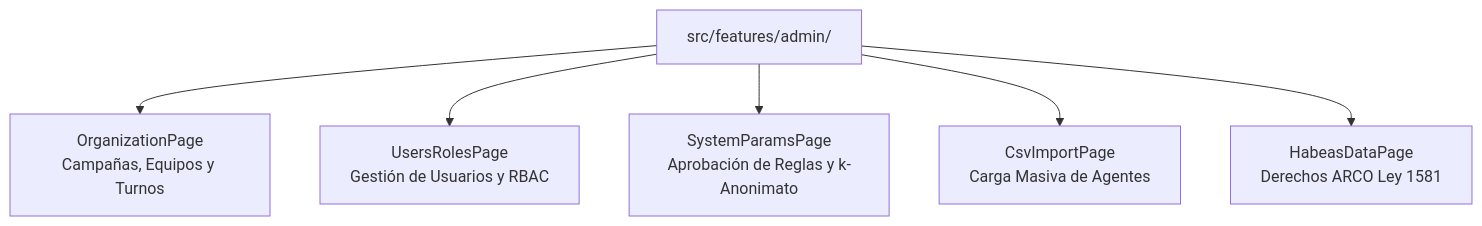
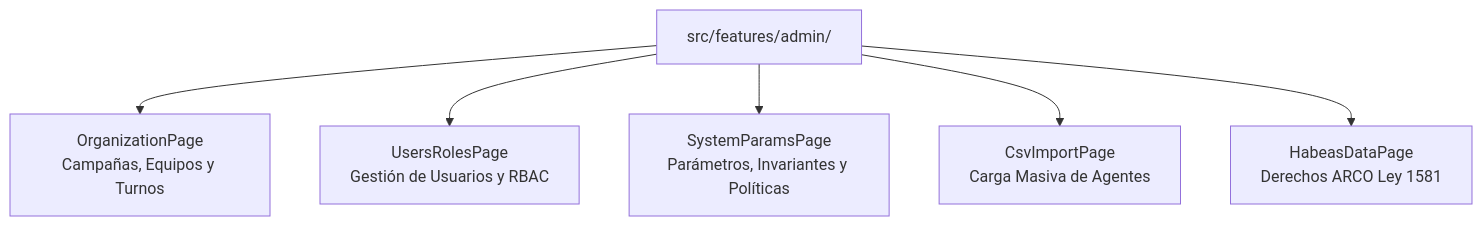
One commit to SODI1999/Pulso360 changed the second of 2 diagrams in docs/libro-pulso360/08_auditoria_y_administracion.md. Above: the diagram before and after it, drawn with Mermaid. The commit also changed other lines of this file and 13 other files, not shown here.

````diff
--- a/docs/libro-pulso360/08_auditoria_y_administracion.md
+++ b/docs/libro-pulso360/08_auditoria_y_administracion.md
@@ -46,8 +46,8 @@
 ```mermaid
 graph TD
     Admin[src/features/admin/] --> Org[OrganizationPage<br>Campañas, Equipos y Turnos]
     Admin --> Users[UsersRolesPage<br>Gestión de Usuarios y RBAC]
-    Admin --> Params[SystemParamsPage<br>Aprobación de Reglas y k-Anonimato]
+    Admin --> Params[SystemParamsPage<br>Parámetros, Invariantes y Políticas]
     Admin --> CSV[CsvImportPage<br>Carga Masiva de Agentes]
     Admin --> Habeas[HabeasDataPage<br>Derechos ARCO Ley 1581]
 ```
````
